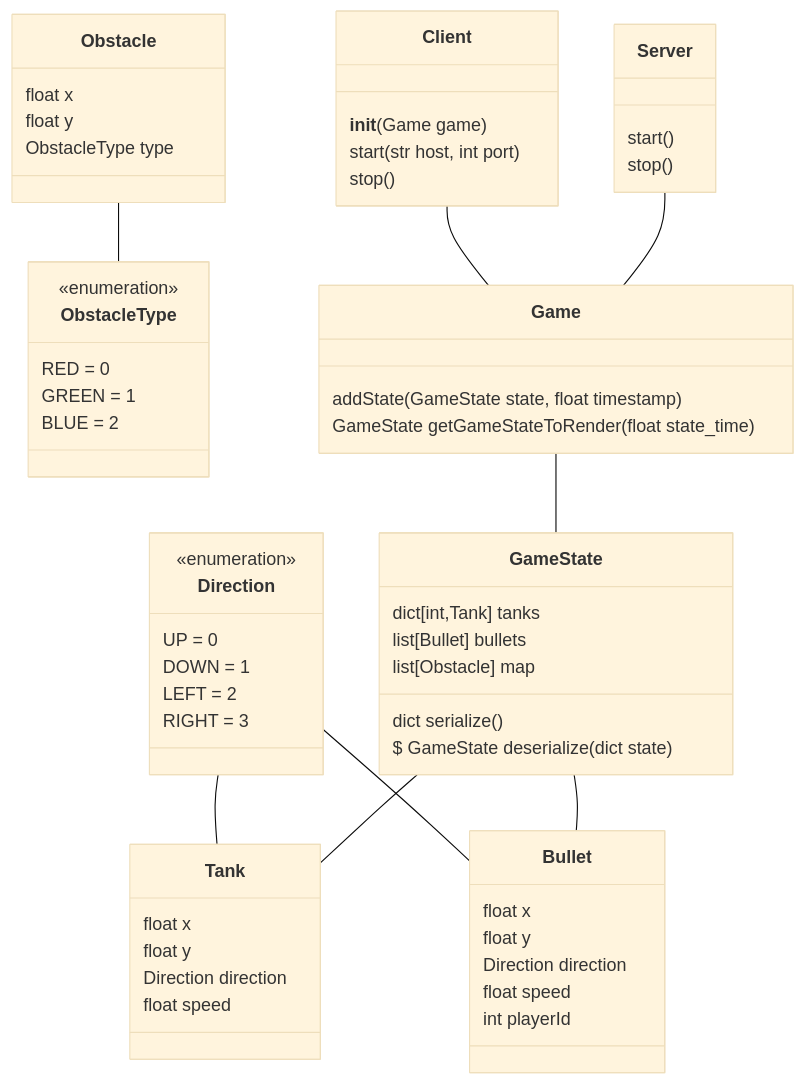
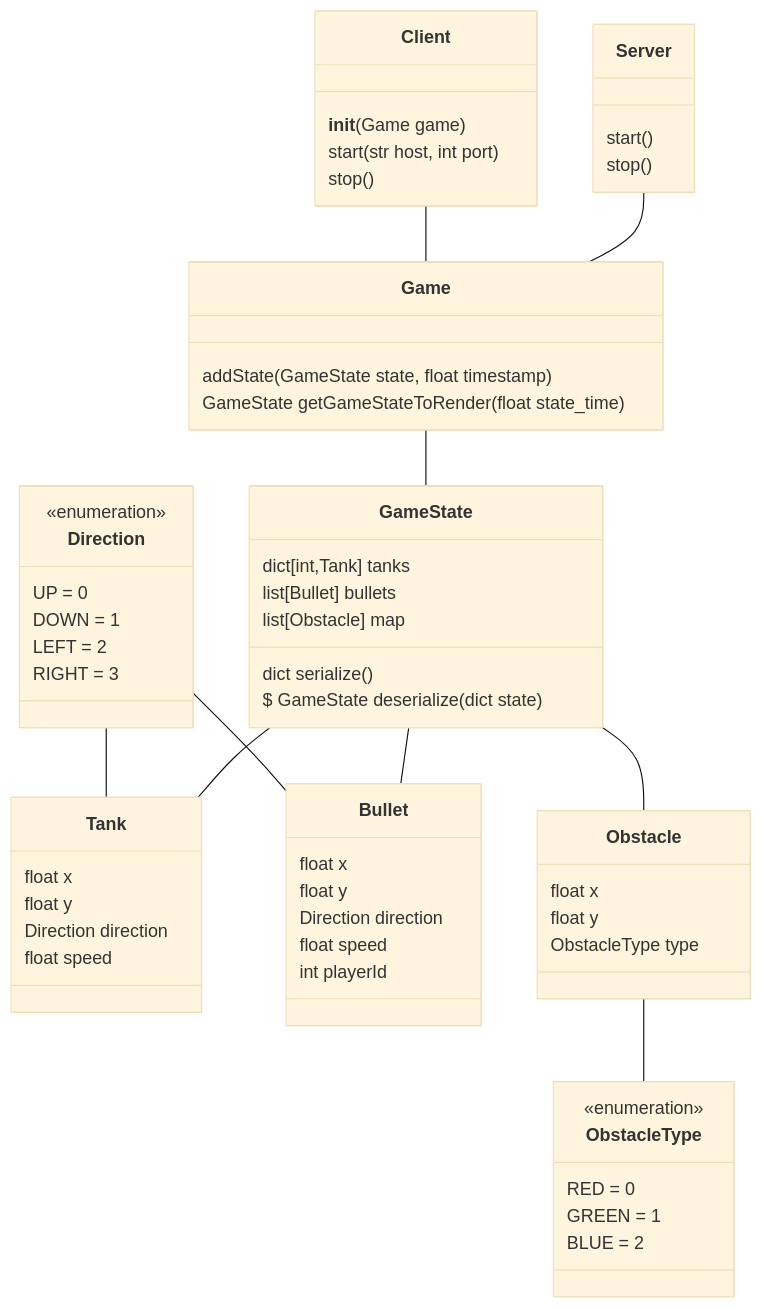
Before and after one commit to KanarekLife/DistributedComputing: the diagram in Project01/diagrams/class.mmd, drawn with Mermaid (base theme). The commit also changed 5 other files, not shown here.

```diff
--- a/Project01/diagrams/class.mmd
+++ b/Project01/diagrams/class.mmd
@@ -1,75 +1,76 @@
 classDiagram
     class Direction{
         <<enumeration>>
         UP = 0
         DOWN = 1
         LEFT = 2
         RIGHT = 3
     }
 
     class Tank{
         float x
         float y
         Direction direction
         float speed
     }
 
     Direction--Tank
 
     class Bullet{
         float x
         float y
         Direction direction
         float speed
         int playerId
     }
 
     class ObstacleType{
         <<enumeration>>
         RED = 0
         GREEN = 1
         BLUE = 2
     }
 
 
     class Obstacle {
         float x
         float y
         ObstacleType type
     }
 
     Obstacle--ObstacleType
 
     Direction--Bullet
 
     class GameState{
         dict[int,Tank] tanks
         list[Bullet] bullets
         list[Obstacle] map
         dict serialize()
         $ GameState deserialize(dict state)
     }
 
     GameState--Tank
     GameState--Bullet
+    GameState--Obstacle
 
     class Game{
         addState(GameState state, float timestamp)
         GameState getGameStateToRender(float state_time)
     }
 
     Game--GameState
 
     class Client{
         __init__(Game game)
         start(str host, int port)
         stop()
     }
 
     class Server {
         start()
         stop()
     }
 
     Client--Game
     Server--Game
```
